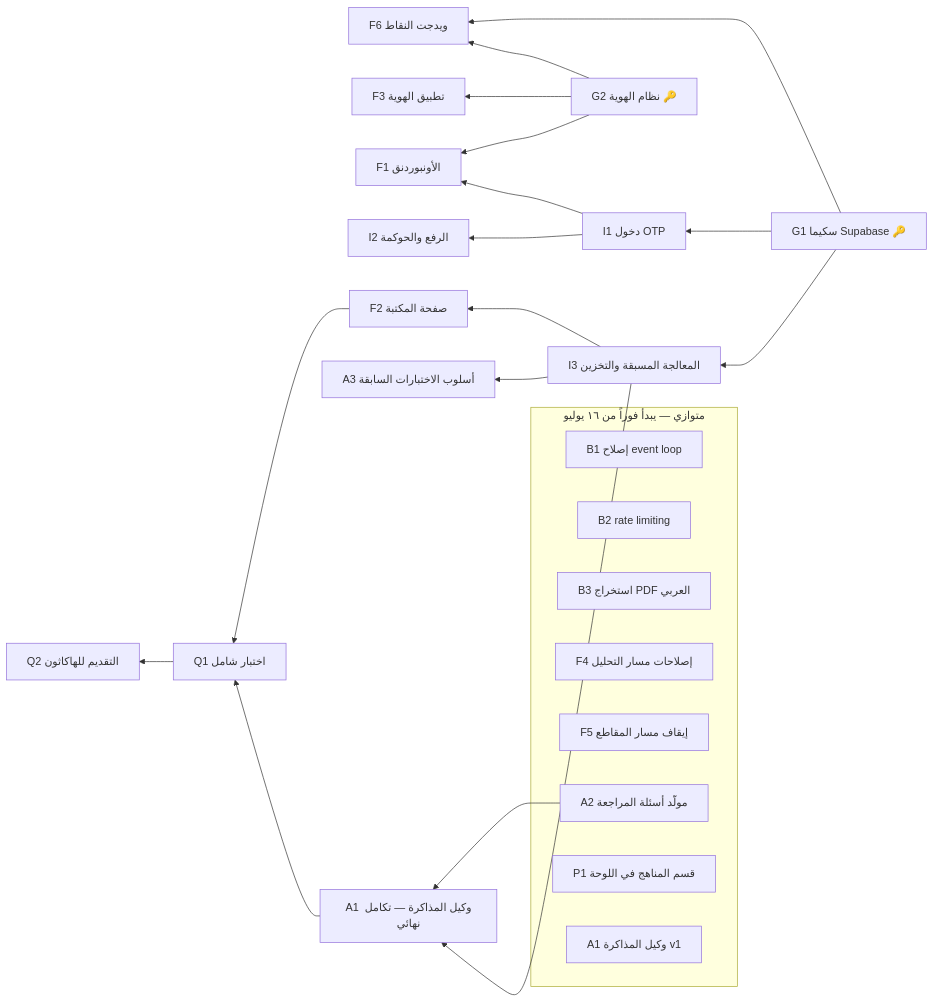
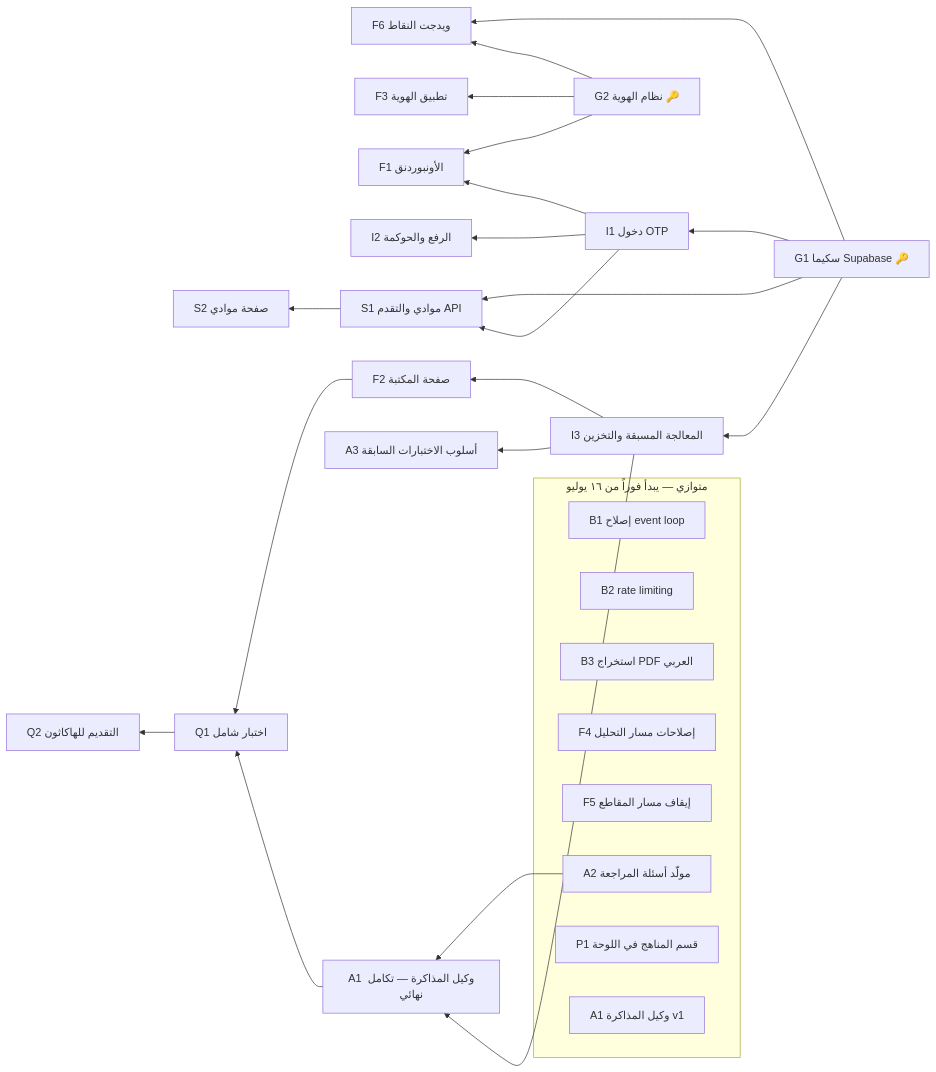
One commit to Turki-Aldaajani/Eidaah changed the diagram in docs/HACKATHON_PLAN.md. Above: the diagram before and after it, drawn with Mermaid. The commit also changed other lines of this file, not shown here.

````diff
--- a/docs/HACKATHON_PLAN.md
+++ b/docs/HACKATHON_PLAN.md
@@ -41,28 +41,31 @@
 ```mermaid
 flowchart RL
   subgraph P[" متوازي — يبدأ فوراً من ١٦ يوليو "]
     B1[B1 إصلاح event loop]
     B2[B2 rate limiting]
     B3[B3 استخراج PDF العربي]
     F4[F4 إصلاحات مسار التحليل]
     F5[F5 إيقاف مسار المقاطع]
     A2[A2 مولّد أسئلة المراجعة]
     P1[P1 قسم المناهج في اللوحة]
     A1[A1 وكيل المذاكرة v1]
   end
   G1[G1 سكيما Supabase 🔑] --> I1[I1 دخول OTP]
   G1 --> I3[I3 المعالجة المسبقة والتخزين]
   G1 --> F6[F6 ويدجت النقاط]
   G2[G2 نظام الهوية 🔑] --> F3[F3 تطبيق الهوية]
   G2 --> F1[F1 الأونبوردنق]
   G2 --> F6
   I1 --> F1
   I1 --> I2[I2 الرفع والحوكمة]
   I3 --> F2[F2 صفحة المكتبة]
+  G1 --> S1[S1 موادي والتقدم API]
+  I1 --> S1
+  S1 --> S2[S2 صفحة موادي]
   I3 --> A3[A3 أسلوب الاختبارات السابقة]
   A2 --> A1v2[A1 وكيل المذاكرة — تكامل نهائي]
   I3 --> A1v2
   F2 --> Q1[Q1 اختبار شامل]
   A1v2 --> Q1
   Q1 --> Q2[Q2 التقديم للهاكاثون]
 ```
````
